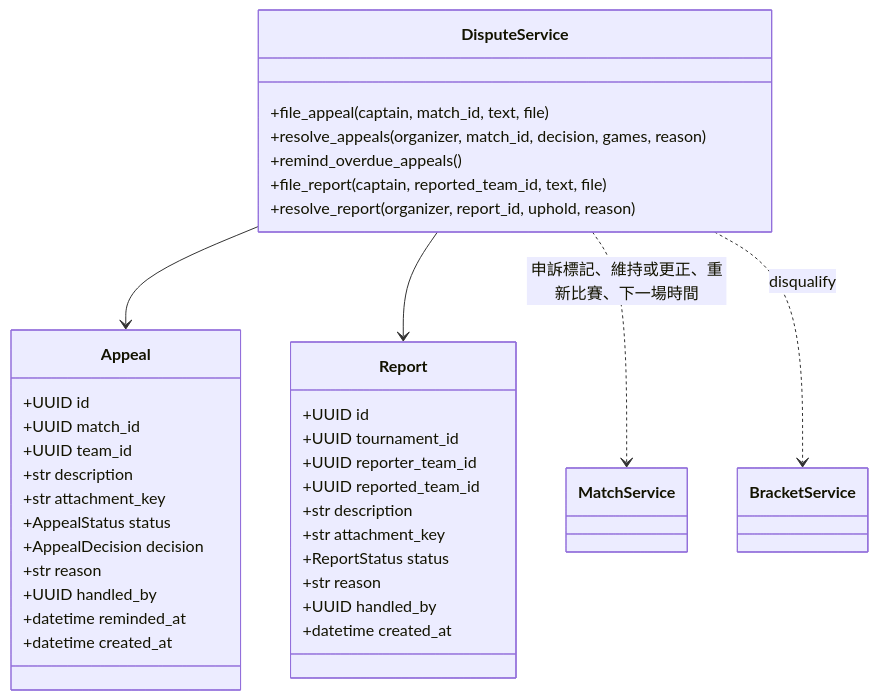
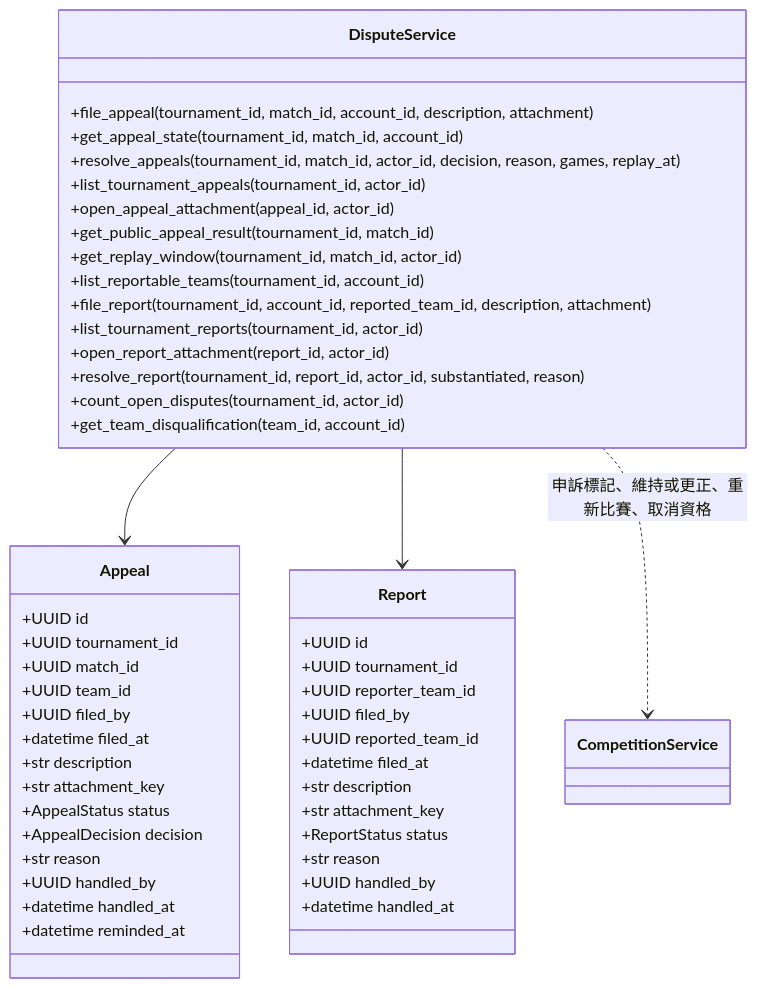
One commit to Team14good/esport-platform changed diagram 13 of 15 in docs/midterm/D-物件設計文件.md. Above: the diagram before and after it, drawn with Mermaid. The commit also changed other lines of this file and 14 other files, not shown here.

````diff
--- a/docs/midterm/D-物件設計文件.md
+++ b/docs/midterm/D-物件設計文件.md
@@ -554,41 +659,53 @@
 ```mermaid
 classDiagram
   class Appeal {
     +UUID id
+    +UUID tournament_id
     +UUID match_id
     +UUID team_id
+    +UUID filed_by
+    +datetime filed_at
     +str description
     +str attachment_key
     +AppealStatus status
     +AppealDecision decision
     +str reason
     +UUID handled_by
+    +datetime handled_at
     +datetime reminded_at
-    +datetime created_at
   }
   class Report {
     +UUID id
     +UUID tournament_id
     +UUID reporter_team_id
+    +UUID filed_by
     +UUID reported_team_id
+    +datetime filed_at
     +str description
     +str attachment_key
     +ReportStatus status
     +str reason
     +UUID handled_by
-    +datetime created_at
+    +datetime handled_at
   }
   class DisputeService {
-    +file_appeal(captain, match_id, text, file)
-    +resolve_appeals(organizer, match_id, decision, games, reason)
-    +remind_overdue_appeals()
-    +file_report(captain, reported_team_id, text, file)
-    +resolve_report(organizer, report_id, uphold, reason)
+    +file_appeal(tournament_id, match_id, account_id, description, attachment)
+    +get_appeal_state(tournament_id, match_id, account_id)
+    +resolve_appeals(tournament_id, match_id, actor_id, decision, reason, games, replay_at)
+    +list_tournament_appeals(tournament_id, actor_id)
+    +open_appeal_attachment(appeal_id, actor_id)
+    +get_public_appeal_result(tournament_id, match_id)
+    +get_replay_window(tournament_id, match_id, actor_id)
+    +list_reportable_teams(tournament_id, account_id)
+    +file_report(tournament_id, account_id, reported_team_id, description, attachment)
+    +list_tournament_reports(tournament_id, actor_id)
+    +open_report_attachment(report_id, actor_id)
+    +resolve_report(tournament_id, report_id, actor_id, substantiated, reason)
+    +count_open_disputes(tournament_id, actor_id)
+    +get_team_disqualification(team_id, account_id)
   }
-  class MatchService
-  class BracketService
+  class CompetitionService
   DisputeService --> Appeal
   DisputeService --> Report
-  DisputeService ..> MatchService : 申訴標記、維持或更正、重新比賽、下一場時間
-  DisputeService ..> BracketService : disqualify
+  DisputeService ..> CompetitionService : 申訴標記、維持或更正、重新比賽、取消資格
 ```
````
